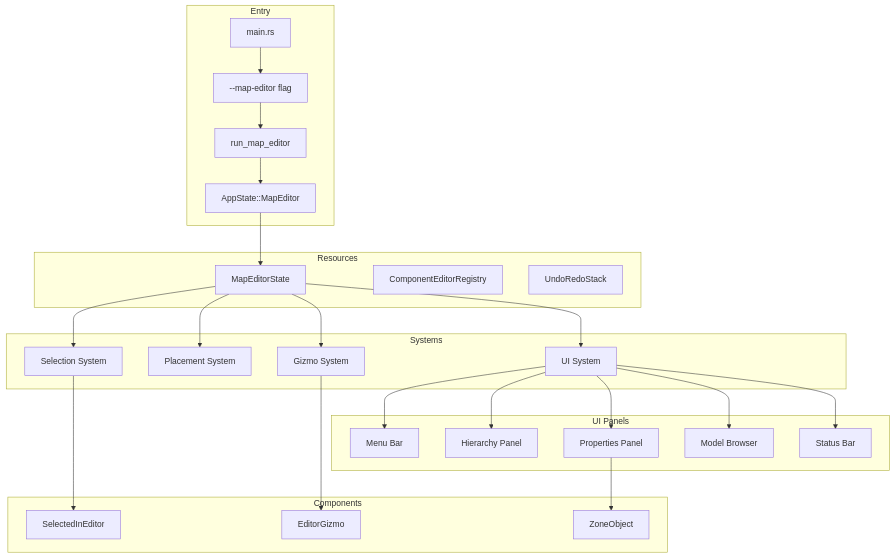
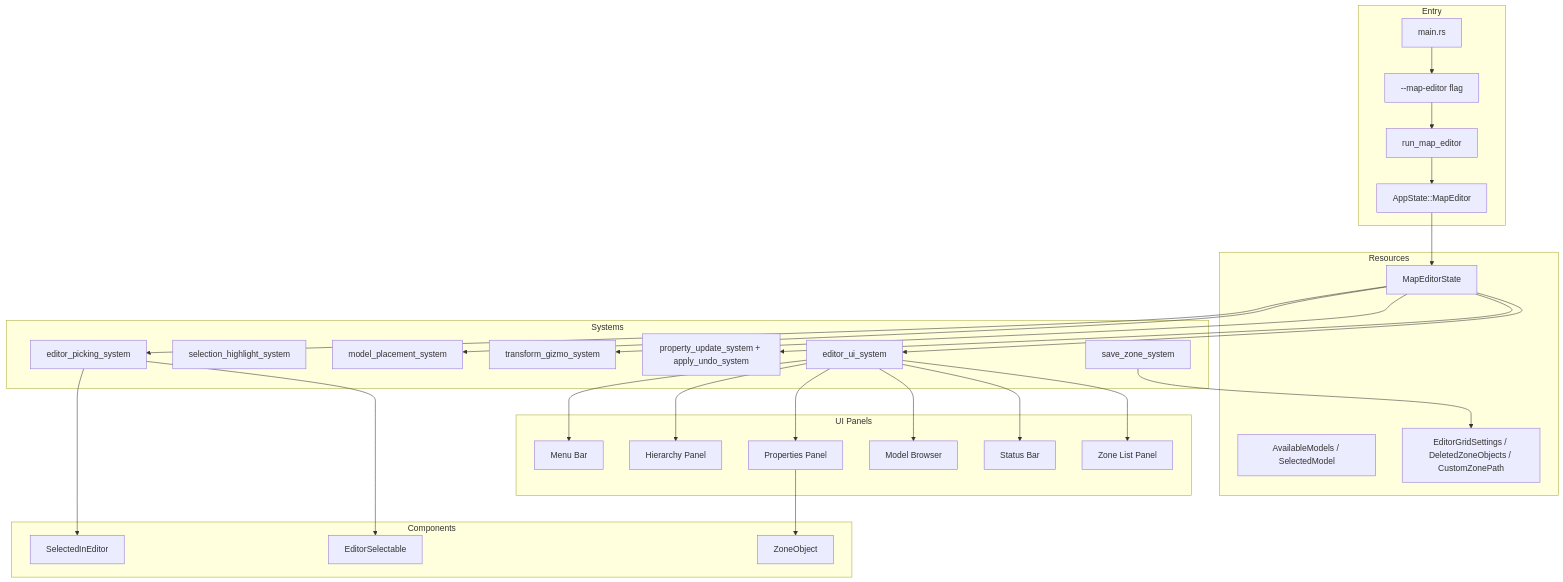
Before and after one commit to vektorprime/rose-offline-client: the diagram in system-architecture/map-editor-architecture.md, drawn with Mermaid. The commit also changed other lines of this file and 546 other files, not shown here.

````diff
--- a/system-architecture/map-editor-architecture.md
+++ b/system-architecture/map-editor-architecture.md
@@ -1194,51 +332,58 @@
 ```mermaid
 flowchart TB
     subgraph Entry
         A[main.rs] --> B[--map-editor flag]
         B --> C[run_map_editor]
         C --> D[AppState::MapEditor]
     end
-    
+
     subgraph Resources
         E[MapEditorState]
-        F[ComponentEditorRegistry]
-        G[UndoRedoStack]
+        E2[AvailableModels / SelectedModel]
+        E3[EditorGridSettings / DeletedZoneObjects / CustomZonePath]
     end
-    
+
     subgraph Systems
-        H[Selection System]
-        I[Placement System]
-        J[Gizmo System]
-        K[UI System]
+        H[editor_picking_system]
+        H2[selection_highlight_system]
+        I[model_placement_system]
+        I2[transform_gizmo_system]
+        J[property_update_system + apply_undo_system]
+        K[editor_ui_system]
+        K2[save_zone_system]
     end
-    
+
     subgraph UI Panels
         L[Menu Bar]
         M[Hierarchy Panel]
         N[Properties Panel]
         O[Model Browser]
         P[Status Bar]
+        P2[Zone List Panel]
     end
-    
+
     subgraph Components
         Q[SelectedInEditor]
-        R[EditorGizmo]
+        Q2[EditorSelectable]
         S[ZoneObject]
     end
-    
+
     D --> E
     E --> H
     E --> I
+    E --> I2
     E --> J
     E --> K
-    
+
     K --> L
     K --> M
     K --> N
     K --> O
     K --> P
-    
+    K --> P2
+
     H --> Q
-    J --> R
+    H --> Q2
     N --> S
+    K2 --> E3
 ```
````
